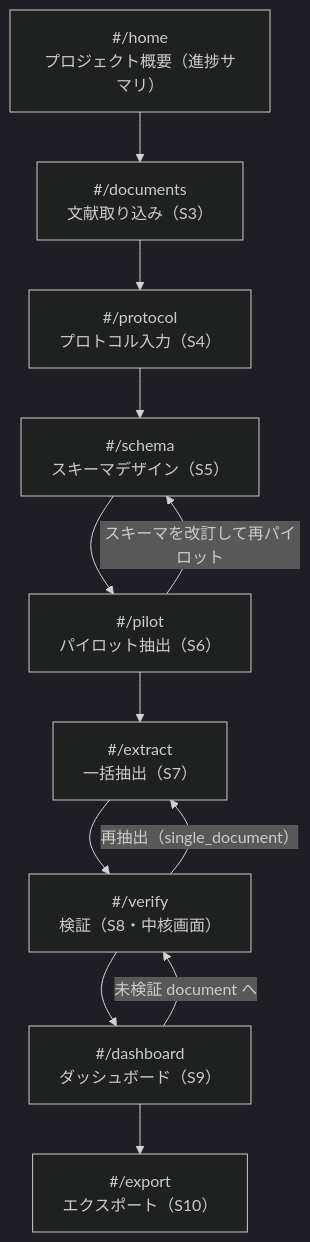
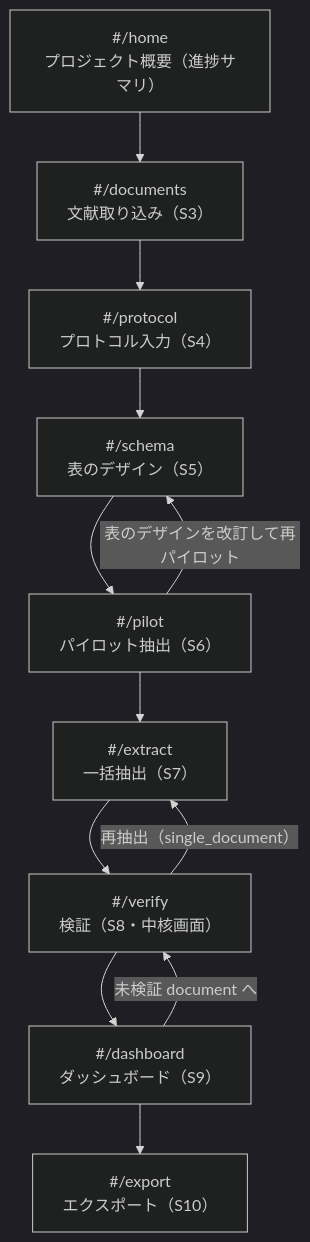
The second of 3 diagrams in docs/ui-flow.md (youkiti/sr-data-extraction-plugin), drawn with Mermaid (dark theme) before and after one commit. The commit also changed other lines of this file and 27 other files, not shown here.

````diff
--- a/docs/ui-flow.md
+++ b/docs/ui-flow.md
@@ -45,14 +45,14 @@
 ```mermaid
 flowchart TD
     Home["#/home<br/>プロジェクト概要（進捗サマリ）"] --> Documents["#/documents<br/>文献取り込み（S3）"]
     Documents --> Protocol["#/protocol<br/>プロトコル入力（S4）"]
-    Protocol --> Schema["#/schema<br/>スキーマデザイン（S5）"]
+    Protocol --> Schema["#/schema<br/>表のデザイン（S5）"]
     Schema --> Pilot["#/pilot<br/>パイロット抽出（S6）"]
-    Pilot -->|スキーマを改訂して再パイロット| Schema
+    Pilot -->|表のデザインを改訂して再パイロット| Schema
     Pilot --> Extract["#/extract<br/>一括抽出（S7）"]
     Extract --> Verify["#/verify<br/>検証（S8・中核画面）"]
     Verify --> Dashboard["#/dashboard<br/>ダッシュボード（S9）"]
     Dashboard -->|未検証 document へ| Verify
     Dashboard --> Export["#/export<br/>エクスポート（S10）"]
     Verify -->|再抽出（single_document）| Extract
 ```
````
